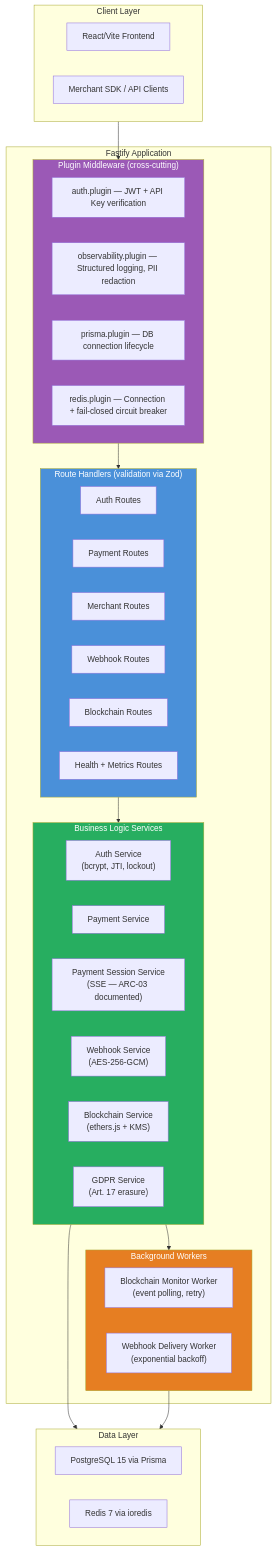
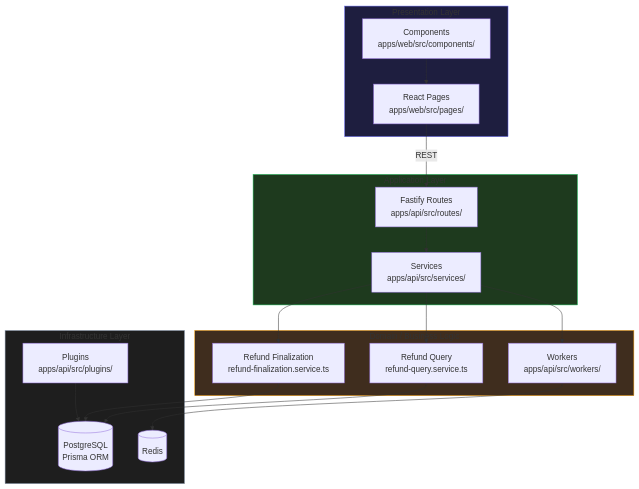
One commit to Tamoura/Claude-Code-creates-the-SW-company changed the eighth of 12 diagrams in products/stablecoin-gateway/docs/AUDIT-REPORT.md. Above: the diagram before and after it, drawn with Mermaid. The commit also changed other lines of this file and 34 other files, not shown here.

````diff
--- a/products/stablecoin-gateway/docs/AUDIT-REPORT.md
+++ b/products/stablecoin-gateway/docs/AUDIT-REPORT.md
@@ -464,56 +299,37 @@
 ```mermaid
-graph TB
-    subgraph CLIENT["Client Layer"]
-        WEB["React/Vite Frontend"]
-        SDK["Merchant SDK / API Clients"]
+graph TD
+    subgraph PRESENTATION["Presentation Layer"]
+        WEB["React Pages\napps/web/src/pages/"]
+        COMP["Components\napps/web/src/components/"]
+    end
+    subgraph APPLICATION["Application Layer"]
+        ROUTES["Fastify Routes\napps/api/src/routes/"]
+        SERVICES["Services\napps/api/src/services/"]
+    end
+    subgraph DOMAIN["Domain / Business Logic"]
+        FINALIZATION["Refund Finalization\nrefund-finalization.service.ts"]
+        QUERY["Refund Query\nrefund-query.service.ts"]
+        WORKERS["Workers\napps/api/src/workers/"]
+    end
+    subgraph INFRA["Infrastructure Layer"]
+        DB[("PostgreSQL\nPrisma ORM")]
+        PLUGINS["Plugins\napps/api/src/plugins/"]
+        CACHE[("Redis")]
     end
 
-    subgraph FASTIFY["Fastify Application"]
-        subgraph MIDDLEWARE["Plugin Middleware (cross-cutting)"]
-            AUTH["auth.plugin — JWT + API Key verification"]
-            OBS["observability.plugin — Structured logging, PII redaction"]
-            PRISMAP["prisma.plugin — DB connection lifecycle"]
-            REDISP["redis.plugin — Connection + fail-closed circuit breaker"]
-        end
+    WEB -->|"REST"| ROUTES
+    COMP --> WEB
+    ROUTES --> SERVICES
+    SERVICES --> FINALIZATION
+    SERVICES --> QUERY
+    SERVICES --> WORKERS
+    FINALIZATION --> DB
+    QUERY --> DB
+    PLUGINS --> DB
+    WORKERS --> CACHE
 
-        subgraph ROUTES["Route Handlers (validation via Zod)"]
-            AROUTES["Auth Routes"]
-            PROUTES["Payment Routes"]
-            MROUTES["Merchant Routes"]
-            WROUTES["Webhook Routes"]
-            BROUTES["Blockchain Routes"]
-            HROUTES["Health + Metrics Routes"]
-        end
-
-        subgraph SERVICES["Business Logic Services"]
-            ASERV["Auth Service\n(bcrypt, JTI, lockout)"]
-            PSERV["Payment Service"]
-            PSESSSERV["Payment Session Service\n(SSE — ARC-03 documented)"]
-            WSERV["Webhook Service\n(AES-256-GCM)"]
-            BSERV["Blockchain Service\n(ethers.js + KMS)"]
-            GSERV["GDPR Service\n(Art. 17 erasure)"]
-        end
-
-        subgraph WORKERS["Background Workers"]
-            BMON["Blockchain Monitor Worker\n(event polling, retry)"]
-            WDEL["Webhook Delivery Worker\n(exponential backoff)"]
-        end
-    end
-
-    subgraph DATA["Data Layer"]
-        PG["PostgreSQL 15 via Prisma"]
-        REDIS["Redis 7 via ioredis"]
-    end
-
-    CLIENT --> MIDDLEWARE
-    MIDDLEWARE --> ROUTES
-    ROUTES --> SERVICES
-    SERVICES --> WORKERS
-    SERVICES --> DATA
-    WORKERS --> DATA
-
-    style MIDDLEWARE fill:#9b59b6,color:#fff
-    style ROUTES fill:#4a90d9,color:#fff
-    style SERVICES fill:#27ae60,color:#fff
-    style WORKERS fill:#e67e22,color:#fff
+    style PRESENTATION fill:#1e1e3f,stroke:#6366f1
+    style APPLICATION fill:#1e3a1e,stroke:#22c55e
+    style DOMAIN fill:#3f2d1e,stroke:#f59e0b
+    style INFRA fill:#1e1e1e,stroke:#94a3b8
 ```
````
